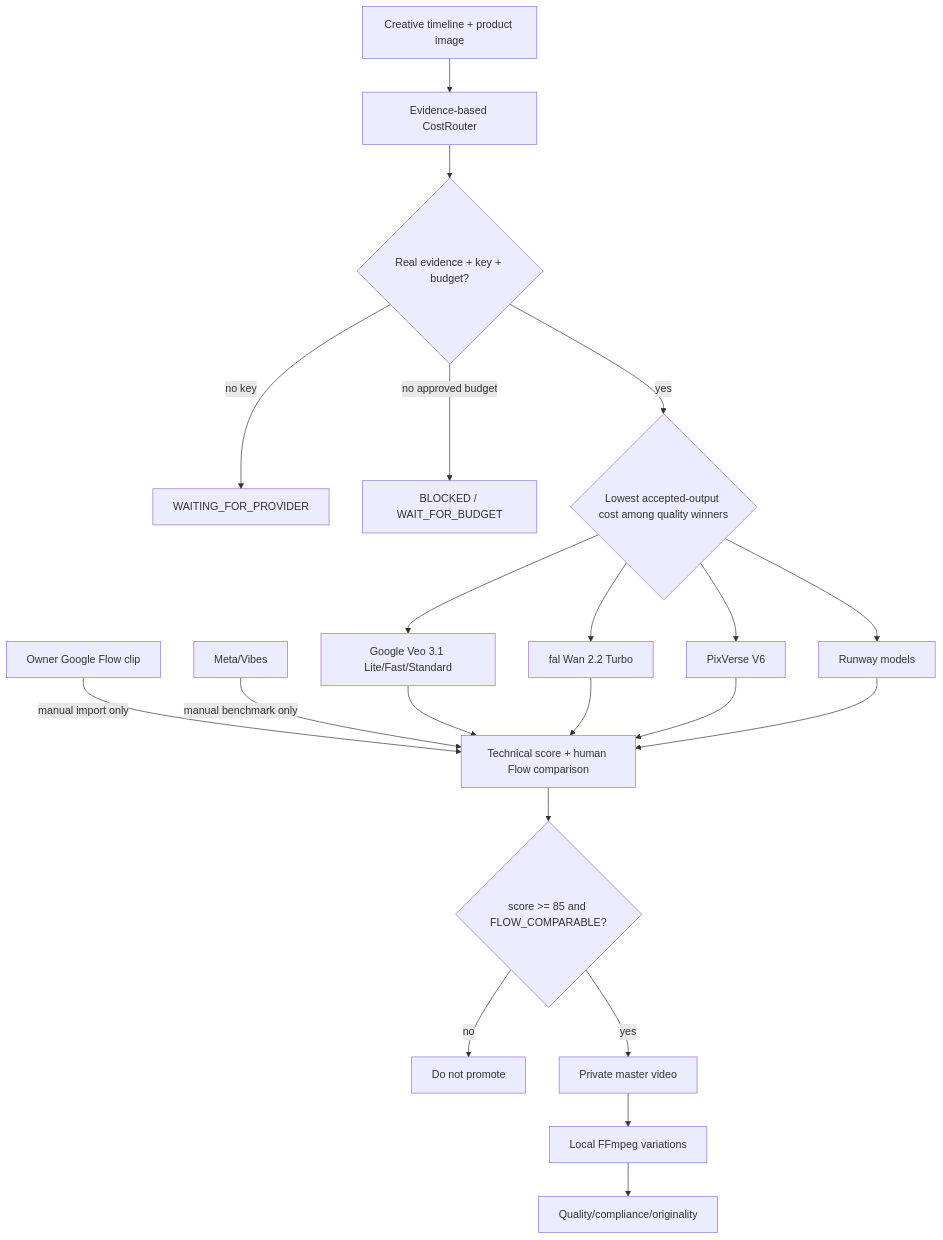
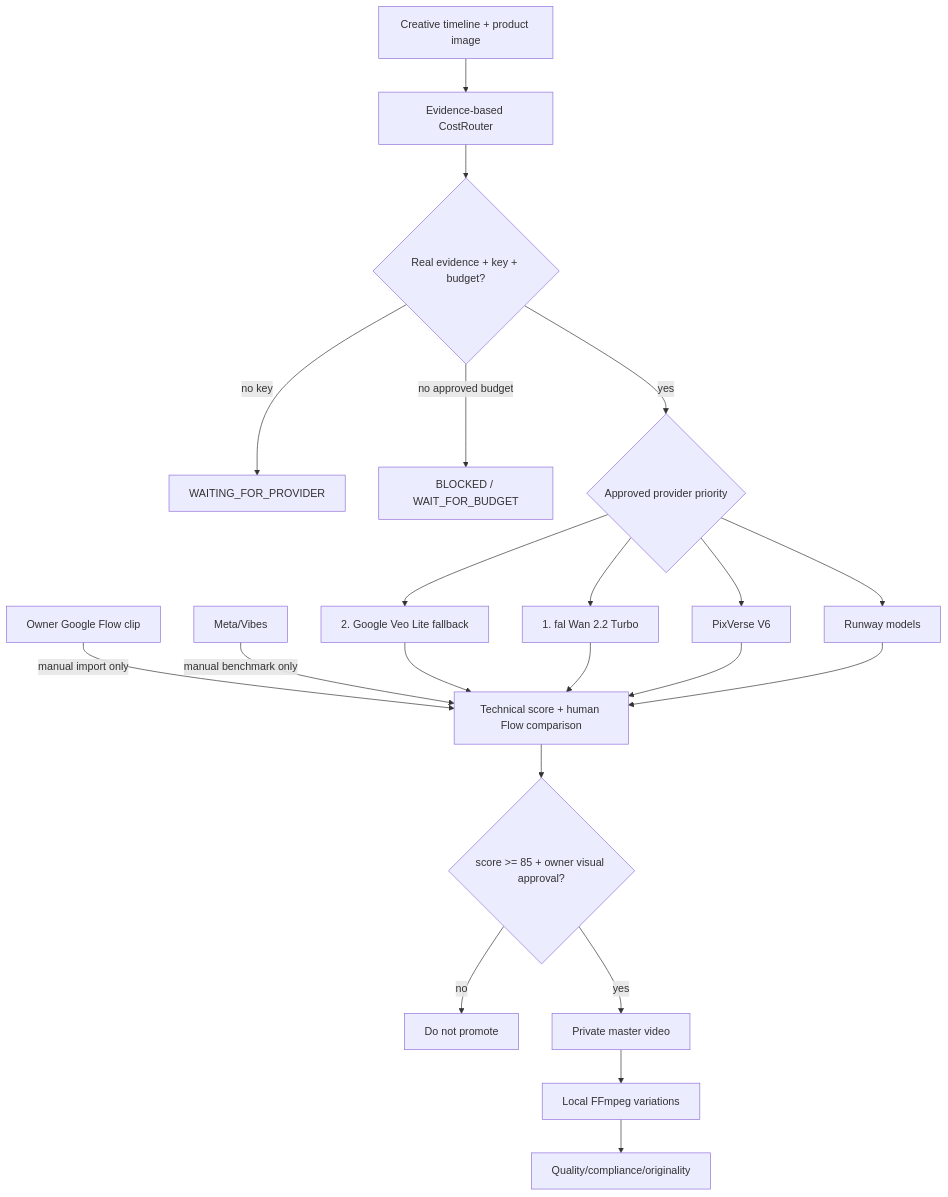
Before and after one commit to kkhunmingg-commits/viralflow-ai: the fifth of 6 diagrams in docs/PROJECT_MASTER_STATUS.md, drawn with Mermaid. The commit also changed other lines of this file and 20 other files, not shown here.

Commit message:
feat: make fal Wan primary video candidate

````diff
--- a/docs/PROJECT_MASTER_STATUS.md
+++ b/docs/PROJECT_MASTER_STATUS.md
@@ -218,23 +218,23 @@
 ```mermaid
 flowchart TD
     Intent[Creative timeline + product image] --> Router[Evidence-based CostRouter]
     Router --> Evidence{Real evidence + key + budget?}
     Evidence -->|no key| Waiting[WAITING_FOR_PROVIDER]
     Evidence -->|no approved budget| Budget[BLOCKED / WAIT_FOR_BUDGET]
-    Evidence -->|yes| Candidate{Lowest accepted-output cost among quality winners}
-    Candidate --> Veo[Google Veo 3.1 Lite/Fast/Standard]
-    Candidate --> Fal[fal Wan 2.2 Turbo]
+    Evidence -->|yes| Candidate{Approved provider priority}
+    Candidate --> Fal[1. fal Wan 2.2 Turbo]
+    Candidate --> Veo[2. Google Veo Lite fallback]
     Candidate --> Pix[PixVerse V6]
     Candidate --> Runway[Runway models]
     Flow[Owner Google Flow clip] -->|manual import only| Benchmark[Technical score + human Flow comparison]
     Meta[Meta/Vibes] -->|manual benchmark only| Benchmark
     Veo --> Benchmark
     Fal --> Benchmark
     Pix --> Benchmark
     Runway --> Benchmark
-    Benchmark --> Gate{score >= 85 and FLOW_COMPARABLE?}
+    Benchmark --> Gate{score >= 85 + owner visual approval?}
     Gate -->|no| Reject[Do not promote]
     Gate -->|yes| Master[Private master video]
     Master --> Variations[Local FFmpeg variations]
     Variations --> Quality[Quality/compliance/originality]
 ```
````
